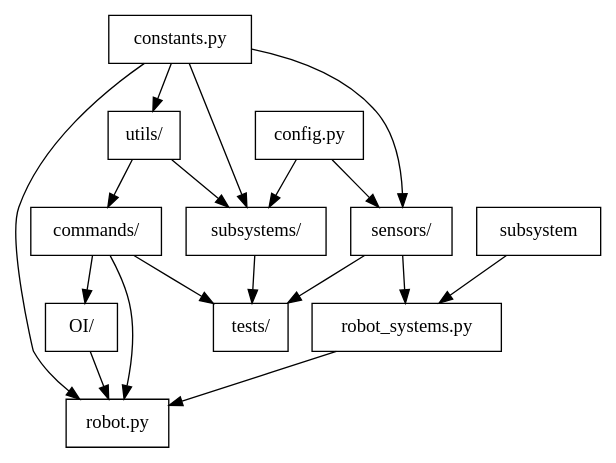
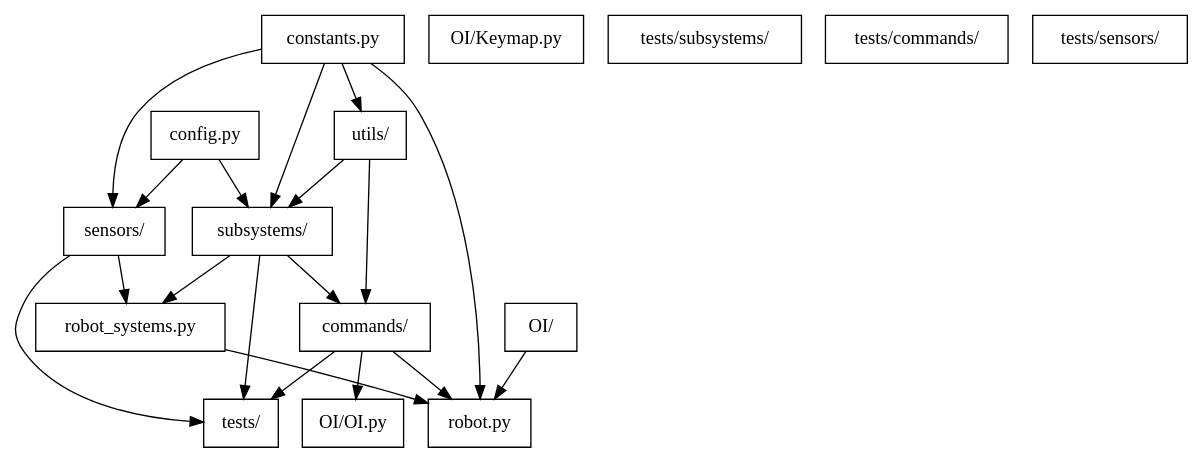
One commit to Choate-Robotics/Programming-SOPs changed the diagram in docs/code/file_structure.rst. Above: the diagram before and after it, drawn with Graphviz.

```diff
--- a/docs/code/file_structure.rst
+++ b/docs/code/file_structure.rst
@@ -9,34 +9,40 @@
 .. graphviz::
 
 
     digraph file_structure {
         node [shape=box]
         commands [label="commands/"]
         subsystems [label="subsystems/"]
         OI [label="OI/"]
+        OI_py [label="OI/OI.py"]
+        Keymap [label="OI/Keymap.py"]
         sensors [label="sensors/"]
         tests [label="tests/"]
+        tests_subsystems [label="tests/subsystems/"]
+        tests_commands [label="tests/commands/"]
+        tests_sensors [label="tests/sensors/"]
         utils [label="utils/"]
         robot_py [label="robot.py"]
         constants_py [label="constants.py"]
         config_py [label="config.py"]
         robot_systems_py [label="robot_systems.py"]
 
         commands -> robot_py
-        commands -> OI
+        commands -> OI_py
         OI -> robot_py
         constants_py -> robot_py
         constants_py -> subsystems
         constants_py -> sensors
         constants_py -> utils
         config_py -> subsystems
         config_py -> sensors
-        subsystem -> robot_systems_py
+        subsystems -> robot_systems_py
         sensors -> robot_systems_py
         utils -> subsystems
         utils -> commands
         robot_systems_py -> robot_py
         subsystems -> tests
+        subsystems -> commands
         commands -> tests
         sensors -> tests
     }
```
